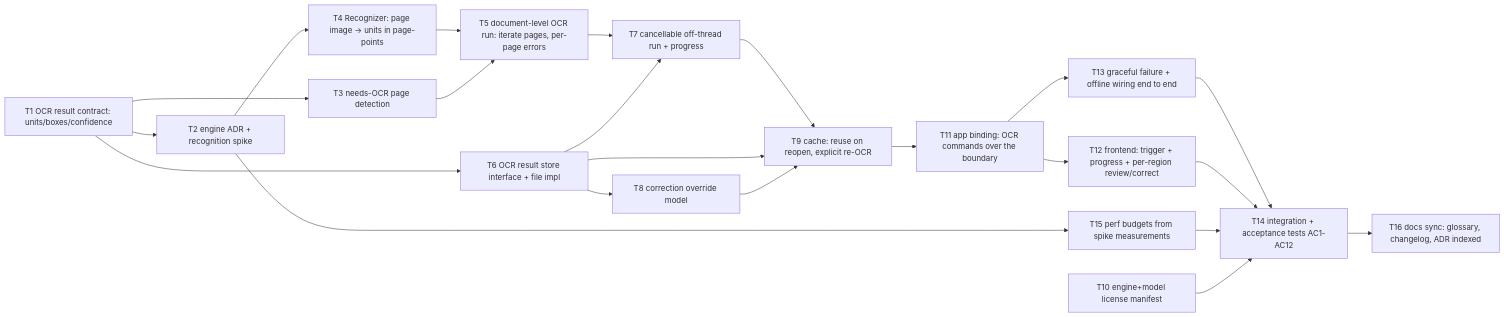
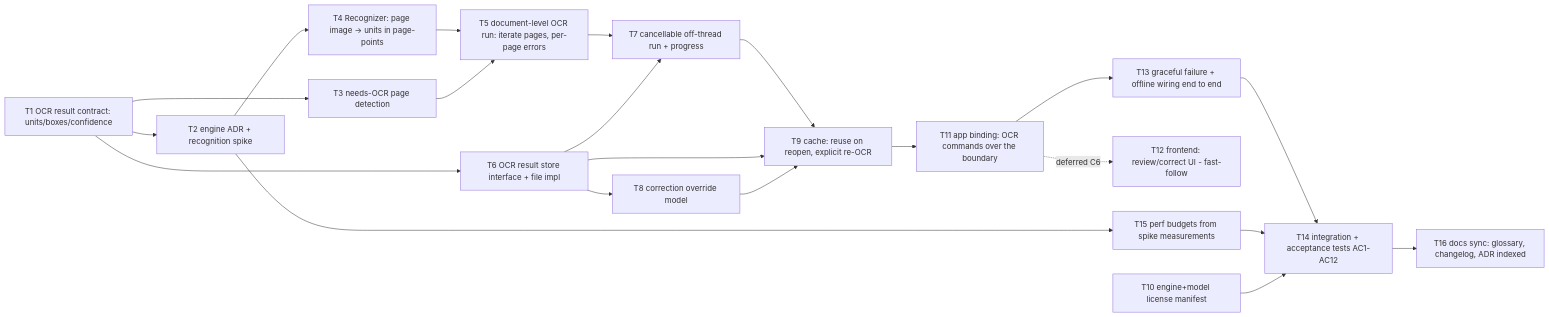
One commit to shrigum/Adamic changed the diagram in docs/planning/ocr/critical-path.md. Above: the diagram before and after it, drawn with Mermaid. The commit also changed other lines of this file and 3 other files, not shown here.

````diff
--- a/docs/planning/ocr/critical-path.md
+++ b/docs/planning/ocr/critical-path.md
@@ -21,24 +27,23 @@
 ```mermaid
 graph LR
   T1[T1 OCR result contract: units/boxes/confidence] --> T2[T2 engine ADR + recognition spike]
   T1 --> T6[T6 OCR result store interface + file impl]
   T1 --> T3[T3 needs-OCR page detection]
   T2 --> T4[T4 Recognizer: page image -> units in page-points]
   T4 --> T5[T5 document-level OCR run: iterate pages, per-page errors]
   T3 --> T5
   T5 --> T7[T7 cancellable off-thread run + progress]
   T6 --> T7
   T7 --> T9[T9 cache: reuse on reopen, explicit re-OCR]
   T6 --> T9
   T2 --> T15[T15 perf budgets from spike measurements]
   T8[T8 correction override model] --> T9
   T6 --> T8
   T9 --> T11[T11 app binding: OCR commands over the boundary]
-  T11 --> T12[T12 frontend: trigger + progress + per-region review/correct]
+  T11 -.deferred C6.-> T12[T12 frontend: review/correct UI - fast-follow]
   T11 --> T13[T13 graceful failure + offline wiring end to end]
   T13 --> T14[T14 integration + acceptance tests AC1-AC12]
-  T12 --> T14
   T15 --> T14
   T10[T10 engine+model license manifest] --> T14
   T14 --> T16[T16 docs sync: glossary, changelog, ADR indexed]
 ```
````
